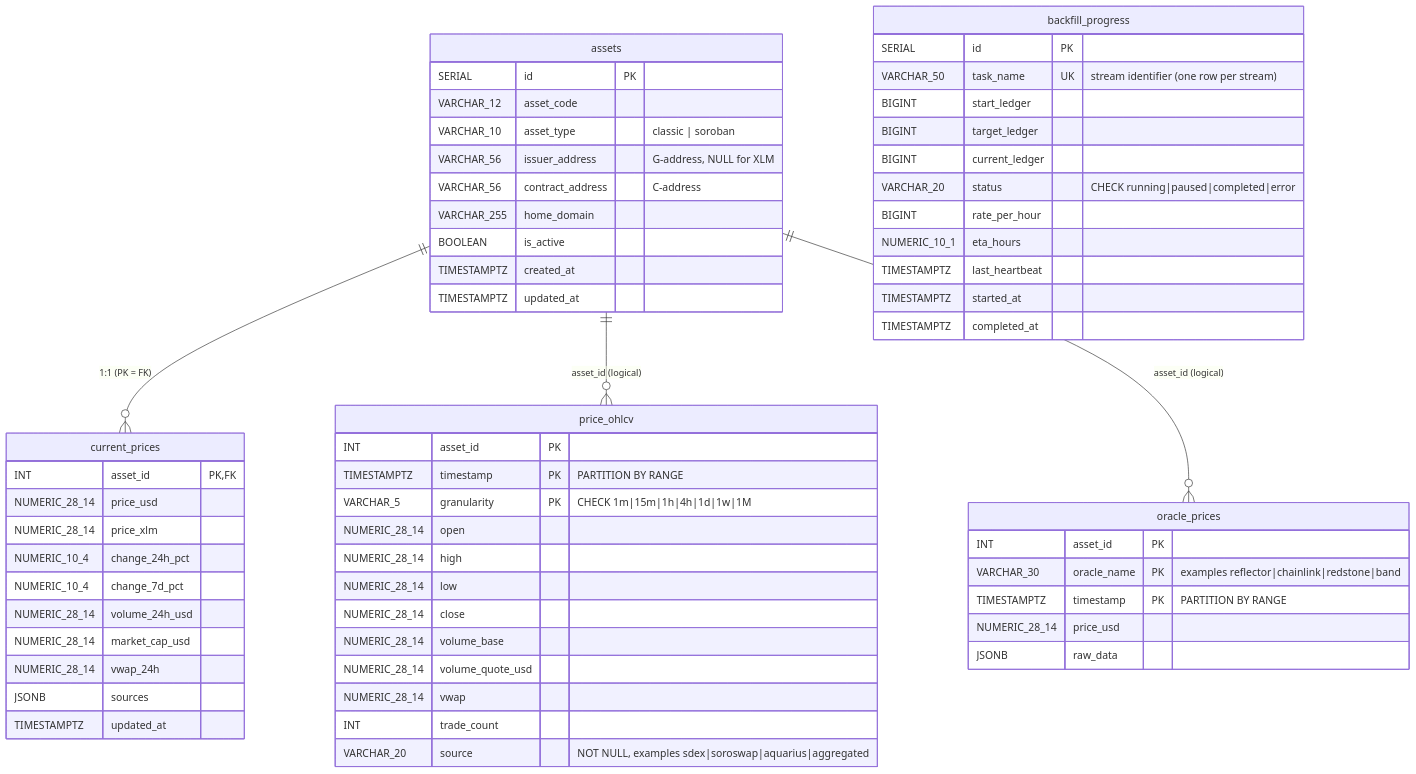
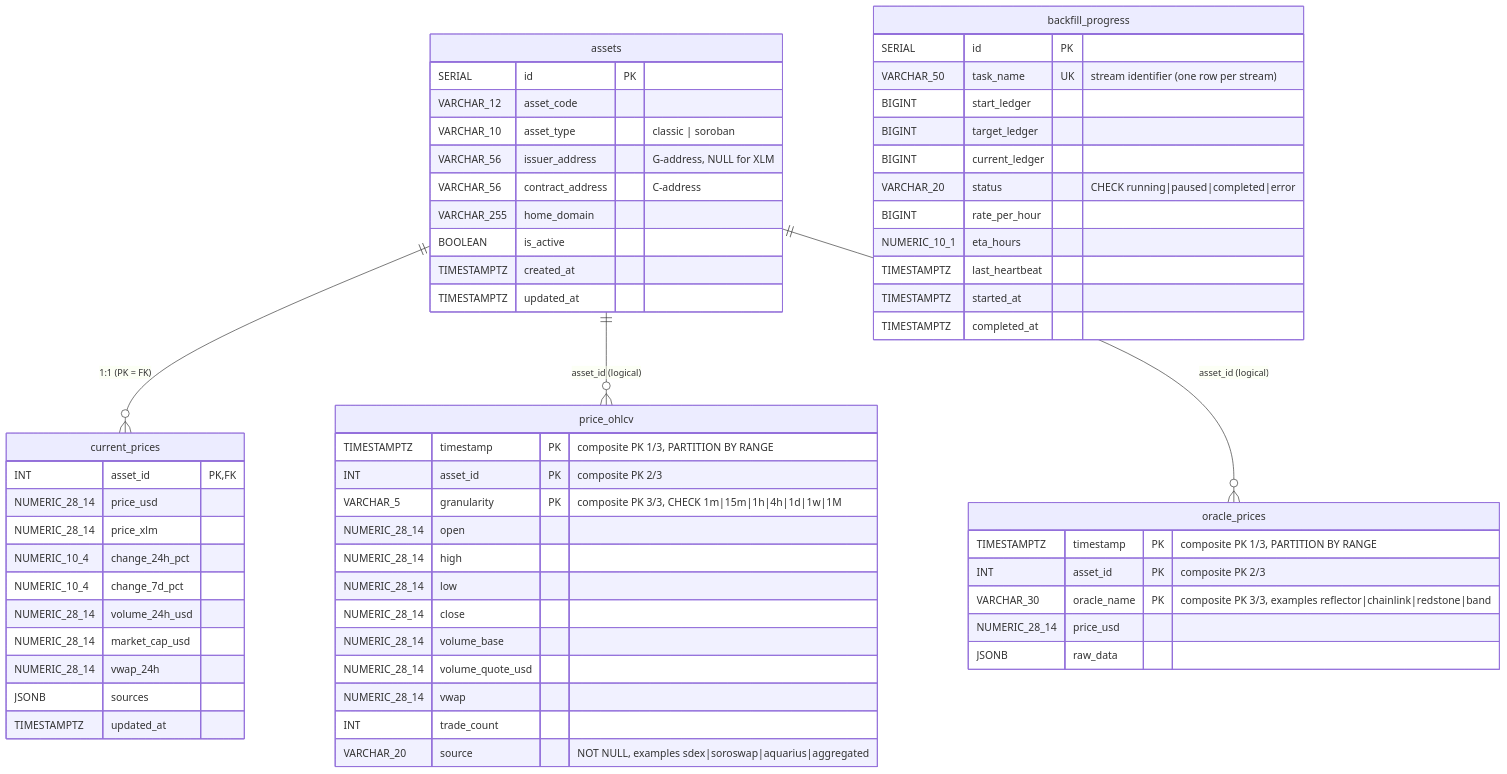
Before and after one commit to rumblefishdev/stellar-prices-api: the third of 13 diagrams in docs/database-schema/database-schema-overview.md, drawn with Mermaid. The commit also changed other lines of this file, not shown here.

Commit message:
docs: cleanup db-schema-overview

````diff
--- a/docs/database-schema/database-schema-overview.md
+++ b/docs/database-schema/database-schema-overview.md
@@ -138,68 +138,68 @@
 ```mermaid
 erDiagram
     assets ||--o{ current_prices : "1:1 (PK = FK)"
     assets ||--o{ price_ohlcv    : "asset_id (logical)"
     assets ||--o{ oracle_prices  : "asset_id (logical)"
 
     assets {
         SERIAL       id PK
         VARCHAR_12   asset_code
         VARCHAR_10   asset_type "classic | soroban"
         VARCHAR_56   issuer_address "G-address, NULL for XLM"
         VARCHAR_56   contract_address "C-address"
         VARCHAR_255  home_domain
         BOOLEAN      is_active
         TIMESTAMPTZ  created_at
         TIMESTAMPTZ  updated_at
     }
 
     price_ohlcv {
-        INT             asset_id PK
-        TIMESTAMPTZ     timestamp PK "PARTITION BY RANGE"
-        VARCHAR_5       granularity PK "CHECK 1m|15m|1h|4h|1d|1w|1M"
+        TIMESTAMPTZ     timestamp PK "composite PK 1/3, PARTITION BY RANGE"
+        INT             asset_id PK "composite PK 2/3"
+        VARCHAR_5       granularity PK "composite PK 3/3, CHECK 1m|15m|1h|4h|1d|1w|1M"
         NUMERIC_28_14   open
         NUMERIC_28_14   high
         NUMERIC_28_14   low
         NUMERIC_28_14   close
         NUMERIC_28_14   volume_base
         NUMERIC_28_14   volume_quote_usd
         NUMERIC_28_14   vwap
         INT             trade_count
         VARCHAR_20      source "NOT NULL, examples sdex|soroswap|aquarius|aggregated"
     }
 
     current_prices {
         INT             asset_id PK,FK
         NUMERIC_28_14   price_usd
         NUMERIC_28_14   price_xlm
         NUMERIC_10_4    change_24h_pct
         NUMERIC_10_4    change_7d_pct
         NUMERIC_28_14   volume_24h_usd
         NUMERIC_28_14   market_cap_usd
         NUMERIC_28_14   vwap_24h
         JSONB           sources
         TIMESTAMPTZ     updated_at
     }
 
     oracle_prices {
-        INT             asset_id PK
-        VARCHAR_30      oracle_name PK "examples reflector|chainlink|redstone|band"
-        TIMESTAMPTZ     timestamp PK "PARTITION BY RANGE"
+        TIMESTAMPTZ     timestamp PK "composite PK 1/3, PARTITION BY RANGE"
+        INT             asset_id PK "composite PK 2/3"
+        VARCHAR_30      oracle_name PK "composite PK 3/3, examples reflector|chainlink|redstone|band"
         NUMERIC_28_14   price_usd
         JSONB           raw_data
     }
 
     backfill_progress {
         SERIAL       id PK
         VARCHAR_50   task_name UK "stream identifier (one row per stream)"
         BIGINT       start_ledger
         BIGINT       target_ledger
         BIGINT       current_ledger
         VARCHAR_20   status "CHECK running|paused|completed|error"
         BIGINT       rate_per_hour
         NUMERIC_10_1 eta_hours
         TIMESTAMPTZ  last_heartbeat
         TIMESTAMPTZ  started_at
         TIMESTAMPTZ  completed_at
     }
 ```
````
